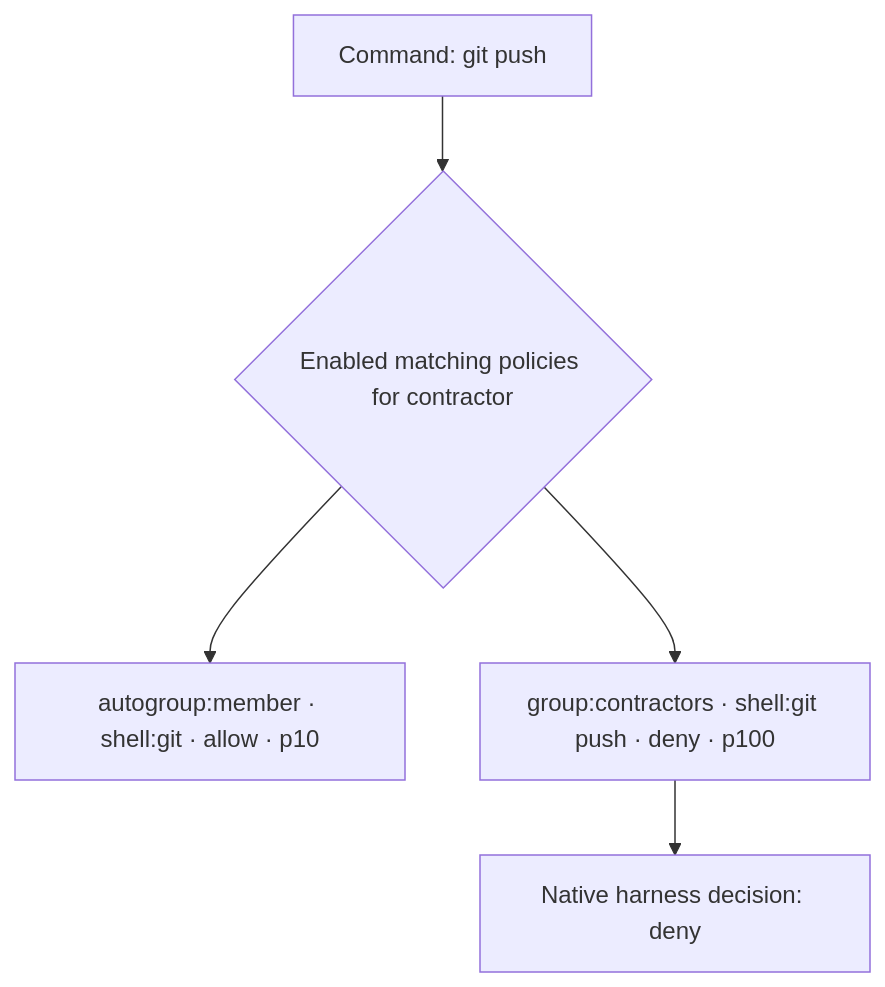
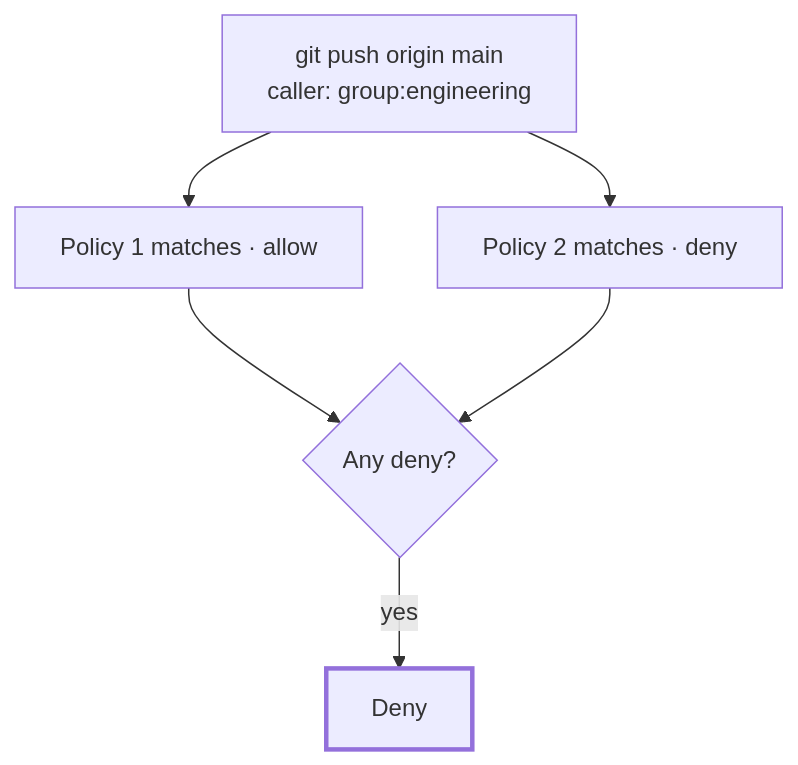
Before and after one commit to HaikeiLabs/docs: the third of 5 diagrams in content/kei/reference/how-kei-decides.md, drawn with Mermaid. The commit also changed other lines of this file and 14 other files, not shown here.

First line of the commit message:
docs(kei): document deny-overrides policy decisions (HAI-620) (#32)

````diff
--- a/content/kei/reference/how-kei-decides.md
+++ b/content/kei/reference/how-kei-decides.md
@@ -113,7 +140,10 @@
 ```mermaid
 flowchart TD
-  A["Command: git push"] --> B{"Enabled matching policies for contractor"}
-  B --> C["autogroup:member · shell:git · allow · p10"]
-  B --> D["group:contractors · shell:git push · deny · p100"]
-  D --> E["Native harness decision: deny"]
+  A["git push origin main<br/>caller: group:engineering"] --> B["Policy 1 matches · allow"]
+  A --> C["Policy 2 matches · deny"]
+  B --> D{"Any deny?"}
+  C --> D
+  D -->|"yes"| E["Deny"]
+  classDef deny stroke-width:3px
+  class E deny
 ```
````
